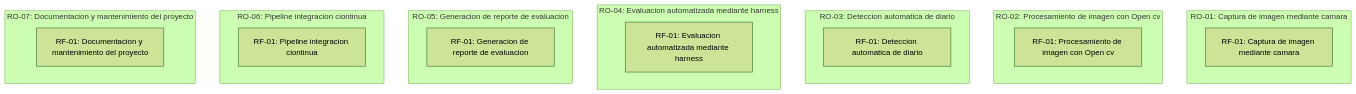
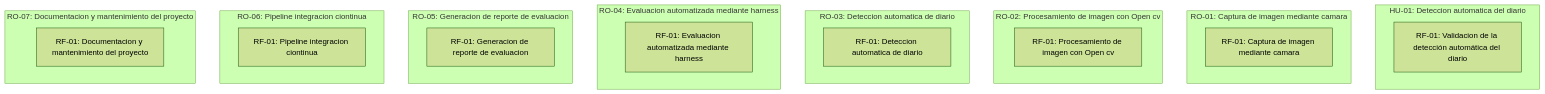
One commit to RubenArielArguello-ai/Alarmadediario changed the diagram in scrumDocs/grafo.md. Above: the diagram before and after it, drawn with Mermaid (forest theme). The commit also changed other lines of this file, not shown here.

Commit message:
Auto-publish: actualiza scrumDocs/grafo.md

````diff
--- a/scrumDocs/grafo.md
+++ b/scrumDocs/grafo.md
@@ -5,24 +5,27 @@
 ```mermaid
 graph TD
+  subgraph US_1787079215619["HU-01: Deteccion automatica del diario"]
+    REQ_1792604775046["RF-01: Validacion de la detección automática del diario"]
+  end
   subgraph US_OP_REQ_1787097664999["RO-01: Captura de imagen mediante camara"]
     REQ_1787097664999["RF-01: Captura de imagen mediante camara"]
   end
   subgraph US_OP_REQ_1787097872112["RO-02: Procesamiento de imagen con Open cv"]
     REQ_1787097872112["RF-01: Procesamiento de imagen con Open cv"]
   end
   subgraph US_OP_REQ_1787098109684["RO-03: Deteccion automatica de diario"]
     REQ_1787098109684["RF-01: Deteccion automatica de diario"]
   end
   subgraph US_OP_REQ_1787098282760["RO-04: Evaluacion automatizada mediante harness"]
     REQ_1787098282760["RF-01: Evaluacion automatizada mediante harness"]
   end
   subgraph US_OP_REQ_1787098876504["RO-05: Generacion de reporte de evaluacion"]
     REQ_1787098876504["RF-01: Generacion de reporte de evaluacion"]
   end
   subgraph US_OP_REQ_1787099043041["RO-06: Pipeline integracion ciontinua"]
     REQ_1787099043041["RF-01: Pipeline integracion ciontinua"]
   end
   subgraph US_OP_REQ_1787099177559["RO-07: Documentacion y mantenimiento del proyecto"]
     REQ_1787099177559["RF-01: Documentacion y mantenimiento del proyecto"]
   end
 ```
````
